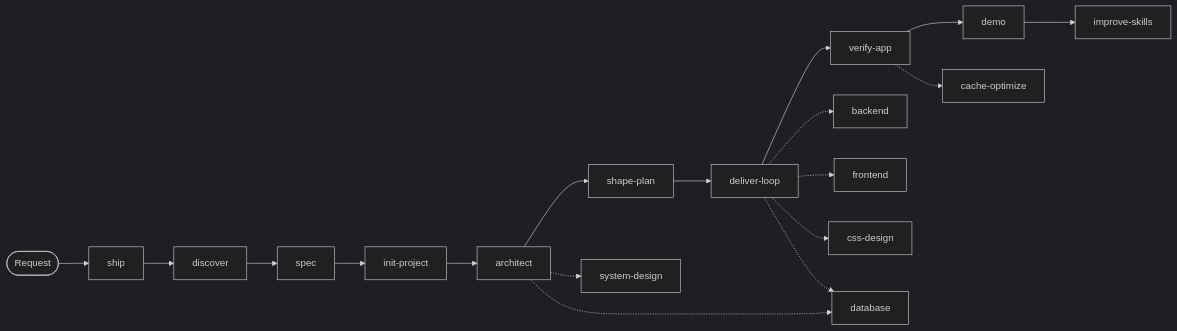
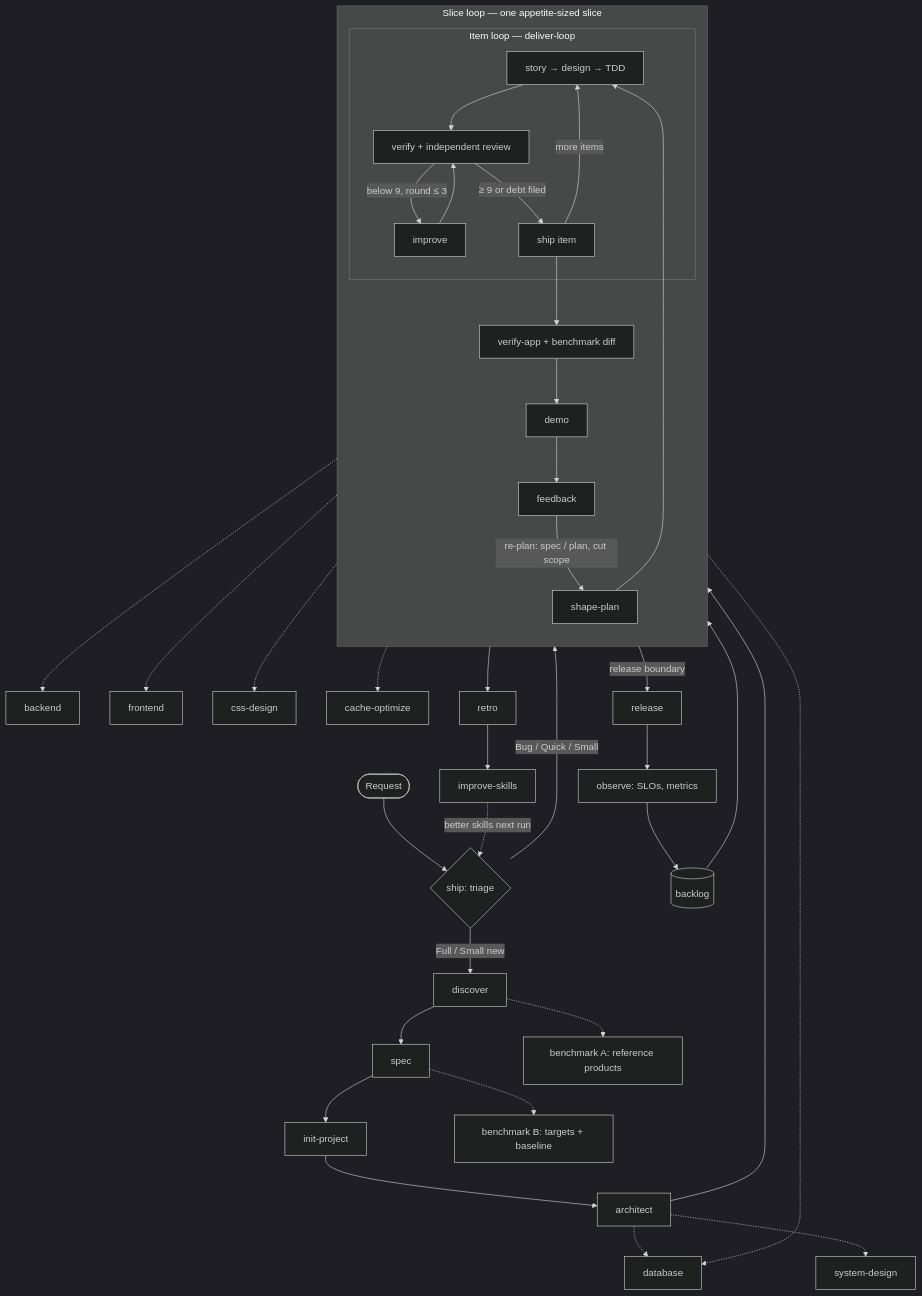
Before and after one commit to deputychinh/Skills: the diagram in README.md, drawn with Mermaid (dark theme). The commit also changed other lines of this file and 2 other files, not shown here.

Commit message:
docs(repo): draw the delivery loops and list benchmark and release

````diff
--- a/README.md
+++ b/README.md
@@ -9,9 +12,28 @@
 ```mermaid
-flowchart LR
-  req([Request]) --> ship
-  ship --> discover --> spec --> init[init-project] --> architect --> plan[shape-plan]
-  plan --> loop[deliver-loop] --> verify[verify-app] --> demo --> improve[improve-skills]
+flowchart TD
+  req([Request]) --> ship{ship: triage}
+  ship -->|Full / Small new| discover --> spec --> init[init-project] --> architect --> plan[shape-plan]
+  ship -->|Bug / Quick / Small| plan
+  discover -.-> benchA[benchmark A: reference products]
+  spec -.-> benchB[benchmark B: targets + baseline]
   architect -.-> sd[system-design] & db[database]
-  loop -.-> be[backend] & fe[frontend] & css[css-design] & db
+
+  subgraph slice [Slice loop — one appetite-sized slice]
+    direction TB
+    plan --> item
+    subgraph itemloop [Item loop — deliver-loop]
+      item[story → design → TDD] --> check[verify + independent review]
+      check -->|below 9, round ≤ 3| fix[improve] --> check
+      check -->|≥ 9 or debt filed| done[ship item]
+    end
+    done -->|more items| item
+    done --> verify[verify-app + benchmark diff] --> demo --> feedback[feedback]
+    feedback -->|re-plan: spec / plan, cut scope| plan
+  end
+
+  item -.-> be[backend] & fe[frontend] & css[css-design] & db
   verify -.-> perf[cache-optimize]
+  feedback -->|release boundary| release --> observe[observe: SLOs, metrics] --> backlog[(backlog)]
+  backlog --> plan
+  feedback --> retro[retro] --> improve[improve-skills] -.->|better skills next run| ship
 ```
````
